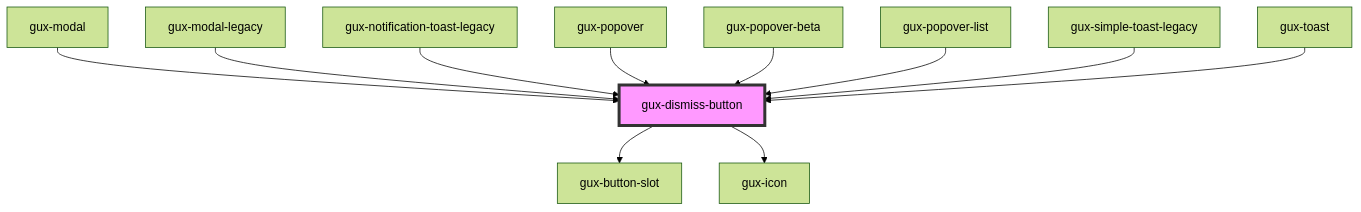
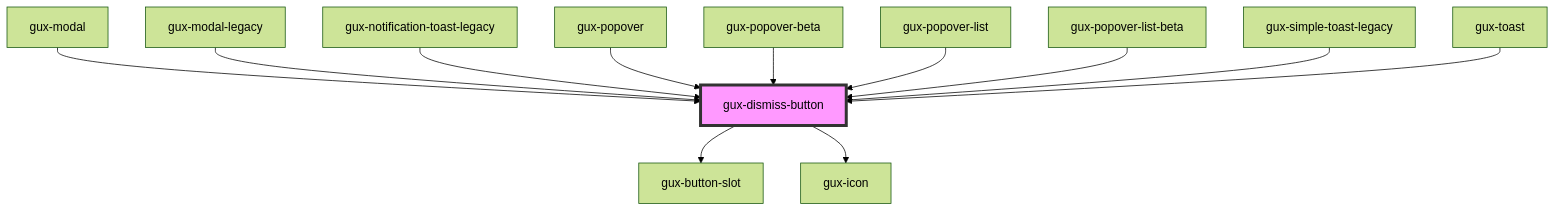
Before and after one commit to MyPureCloud/genesys-spark: the diagram in packages/genesys-spark-components/src/components/stable/gux-dismiss-button/readme.md, drawn with Mermaid (forest theme). The commit also changed other lines of this file and 7 other files, not shown here.

First line of the commit message:
chore(popover-list-beta): Added popover-list-beta component

````diff
--- a/packages/genesys-spark-components/src/components/stable/gux-dismiss-button/readme.md
+++ b/packages/genesys-spark-components/src/components/stable/gux-dismiss-button/readme.md
@@ -35,14 +36,15 @@
 ```mermaid
 graph TD;
   gux-dismiss-button --> gux-button-slot
   gux-dismiss-button --> gux-icon
   gux-modal --> gux-dismiss-button
   gux-modal-legacy --> gux-dismiss-button
   gux-notification-toast-legacy --> gux-dismiss-button
   gux-popover --> gux-dismiss-button
   gux-popover-beta --> gux-dismiss-button
   gux-popover-list --> gux-dismiss-button
+  gux-popover-list-beta --> gux-dismiss-button
   gux-simple-toast-legacy --> gux-dismiss-button
   gux-toast --> gux-dismiss-button
   style gux-dismiss-button fill:#f9f,stroke:#333,stroke-width:4px
 ```
````
